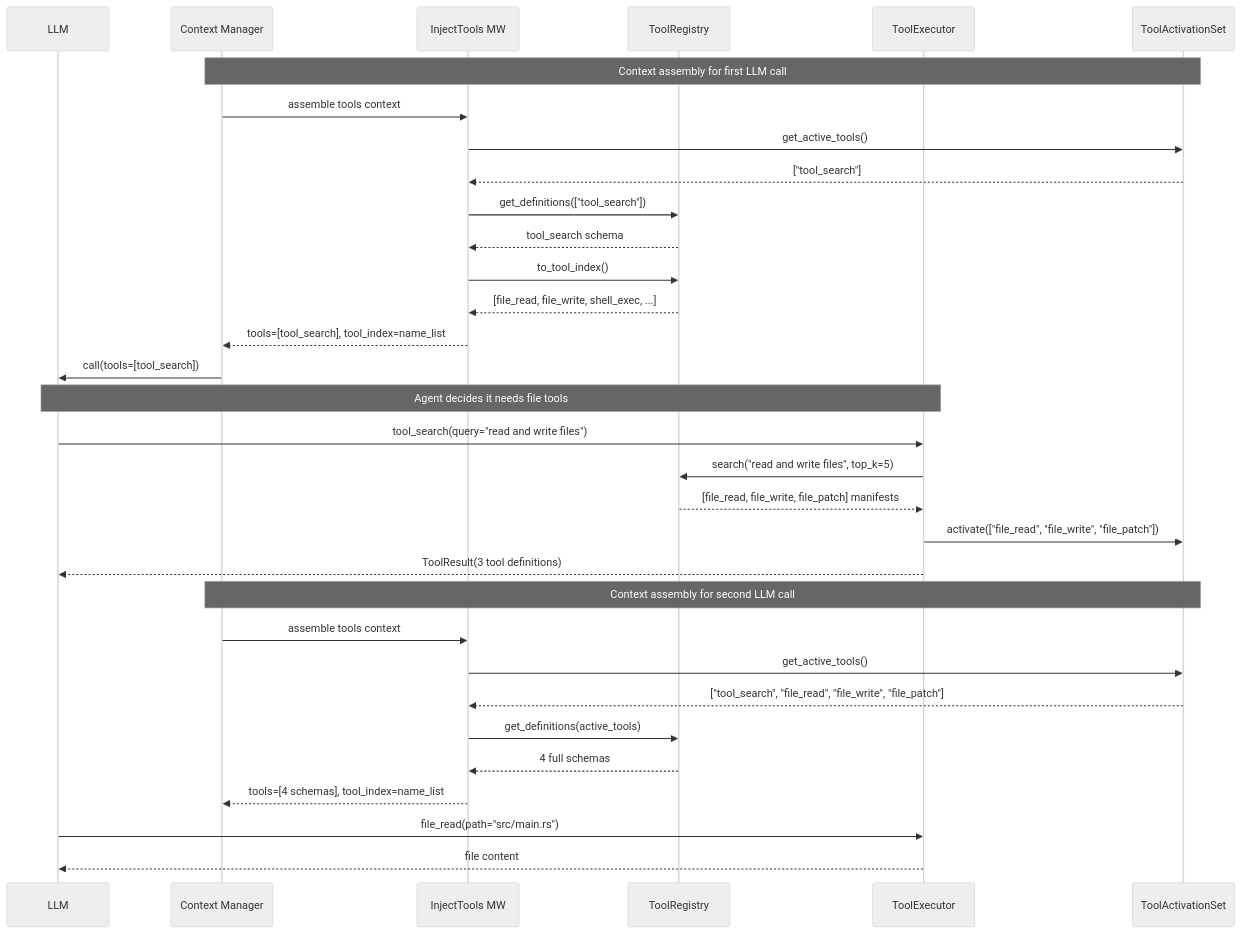
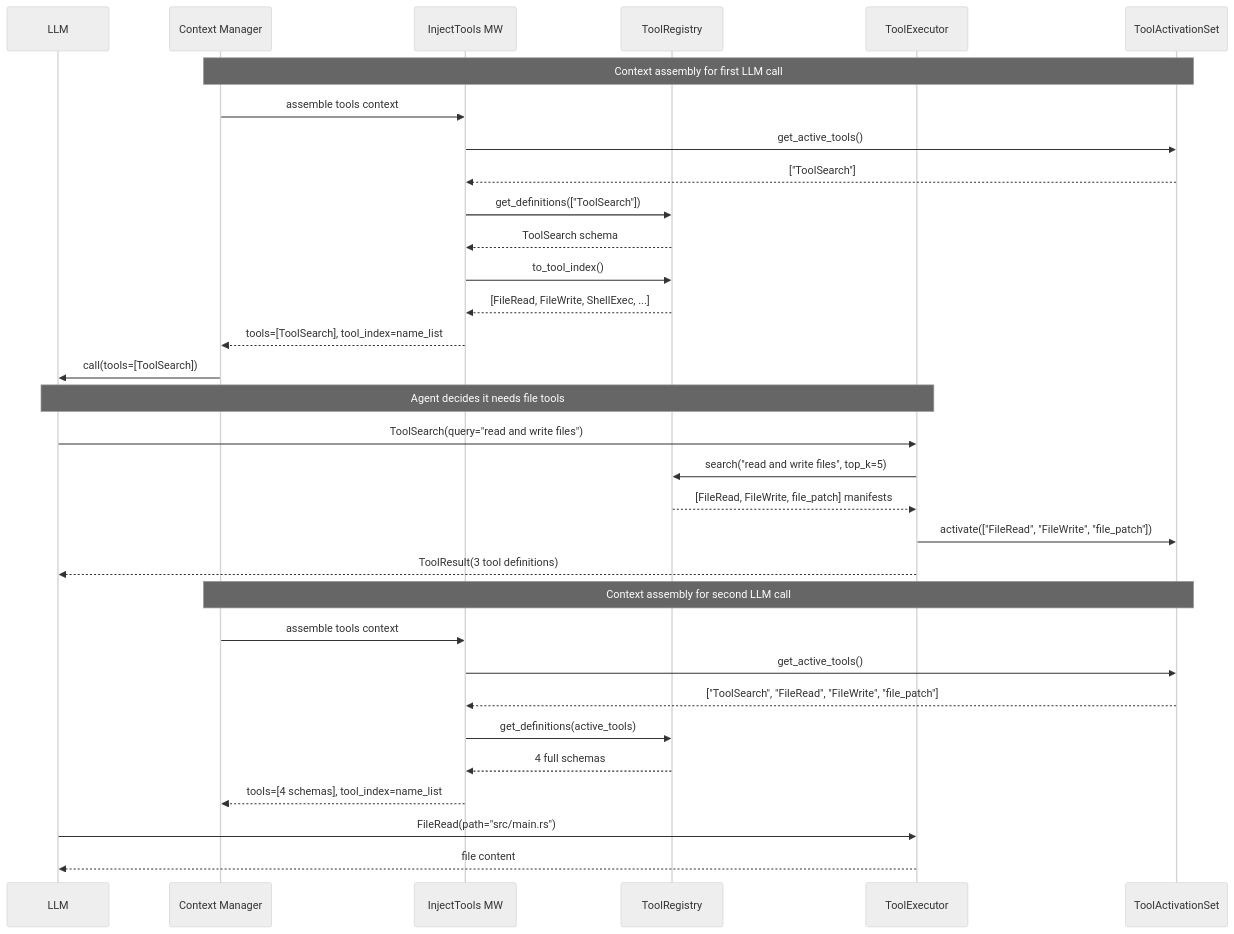
The fourth of 5 diagrams in docs/design/tools-design.md (gorgiaxx/y-agent), drawn with Mermaid (neutral theme) before and after one commit. The commit also changed other lines of this file and 41 other files, not shown here.

````diff
--- a/docs/design/tools-design.md
+++ b/docs/design/tools-design.md
@@ -329,39 +333,39 @@
 ```mermaid
 sequenceDiagram
     participant LLM
     participant CM as Context Manager
     participant IT as InjectTools MW
     participant TR as ToolRegistry
     participant TE as ToolExecutor
     participant TAS as ToolActivationSet
 
     Note over CM,TAS: Context assembly for first LLM call
     CM->>IT: assemble tools context
     IT->>TAS: get_active_tools()
-    TAS-->>IT: ["tool_search"]
-    IT->>TR: get_definitions(["tool_search"])
-    TR-->>IT: tool_search schema
+    TAS-->>IT: ["ToolSearch"]
+    IT->>TR: get_definitions(["ToolSearch"])
+    TR-->>IT: ToolSearch schema
     IT->>TR: to_tool_index()
-    TR-->>IT: [file_read, file_write, shell_exec, ...]
-    IT-->>CM: tools=[tool_search], tool_index=name_list
+    TR-->>IT: [FileRead, FileWrite, ShellExec, ...]
+    IT-->>CM: tools=[ToolSearch], tool_index=name_list
 
-    CM->>LLM: call(tools=[tool_search])
+    CM->>LLM: call(tools=[ToolSearch])
 
     Note over LLM,TE: Agent decides it needs file tools
-    LLM->>TE: tool_search(query="read and write files")
+    LLM->>TE: ToolSearch(query="read and write files")
     TE->>TR: search("read and write files", top_k=5)
-    TR-->>TE: [file_read, file_write, file_patch] manifests
-    TE->>TAS: activate(["file_read", "file_write", "file_patch"])
+    TR-->>TE: [FileRead, FileWrite, file_patch] manifests
+    TE->>TAS: activate(["FileRead", "FileWrite", "file_patch"])
     TE-->>LLM: ToolResult(3 tool definitions)
 
     Note over CM,TAS: Context assembly for second LLM call
     CM->>IT: assemble tools context
     IT->>TAS: get_active_tools()
-    TAS-->>IT: ["tool_search", "file_read", "file_write", "file_patch"]
+    TAS-->>IT: ["ToolSearch", "FileRead", "FileWrite", "file_patch"]
     IT->>TR: get_definitions(active_tools)
     TR-->>IT: 4 full schemas
     IT-->>CM: tools=[4 schemas], tool_index=name_list
 
-    LLM->>TE: file_read(path="src/main.rs")
+    LLM->>TE: FileRead(path="src/main.rs")
     TE-->>LLM: file content
 ```
````
